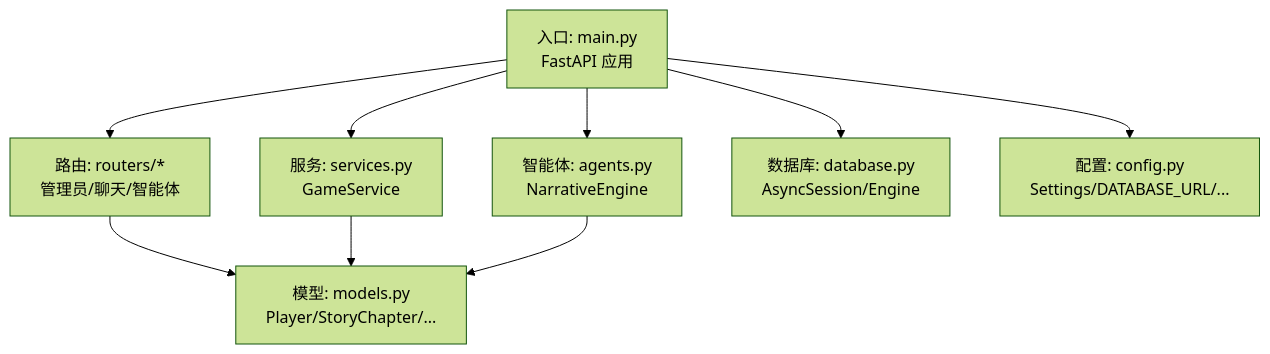
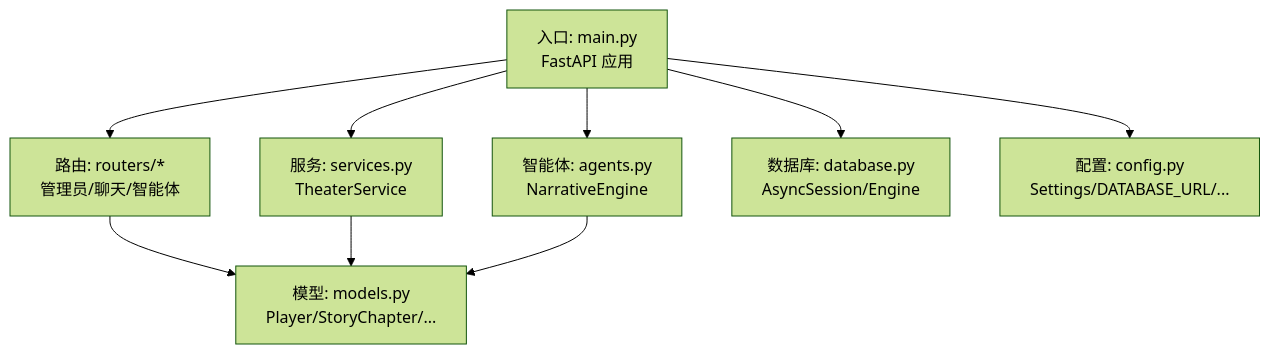
Before and after one commit to KunLabAI/KunFlix: the first of 5 diagrams in .qoder/repowiki/zh/content/后台管理系统/玩家监控系统.md, drawn with Mermaid (forest theme). The commit also changed other lines of this file and 112 other files, not shown here.

````diff
--- a/.qoder/repowiki/zh/content/后台管理系统/玩家监控系统.md
+++ b/.qoder/repowiki/zh/content/后台管理系统/玩家监控系统.md
@@ -60,11 +60,11 @@
 ```mermaid
 graph TB
 A["入口: main.py<br/>FastAPI 应用"] --> B["路由: routers/*<br/>管理员/聊天/智能体"]
-A --> C["服务: services.py<br/>GameService"]
+A --> C["服务: services.py<br/>TheaterService"]
 A --> D["智能体: agents.py<br/>NarrativeEngine"]
 B --> E["模型: models.py<br/>Player/StoryChapter/..."]
 C --> E
 D --> E
 A --> F["数据库: database.py<br/>AsyncSession/Engine"]
 A --> G["配置: config.py<br/>Settings/DATABASE_URL/..."]
 ```
````
